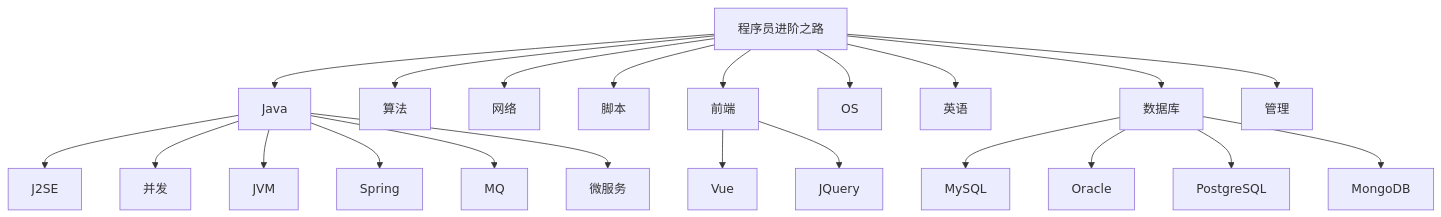
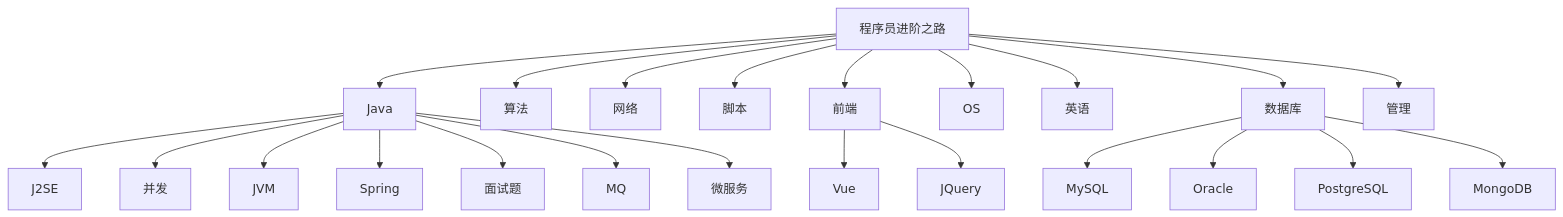
The second of 2 diagrams in README.md (namelessmyth/beFreeCoder), drawn with Mermaid before and after one commit. The commit also changed other lines of this file and 4 other files, not shown here.

````diff
--- a/README.md
+++ b/README.md
@@ -52,32 +59,33 @@
 ```mermaid
 flowchart TB
 
 root[程序员进阶之路]
 
 root-->Java["Java"]
 Java-->J2SE
 Java-->t["并发"]
 Java-->JVM
 Java-->Spring
+Java-->面试题
 Java-->MQ
 Java-->cloud["微服务"]
 
 root-->sf[算法]
 root-->net["网络"]
 root-->Script["脚本"]
 
 root-->front["前端"]
 front-->Vue
 front-->JQuery
 
 root-->os["OS"]
 root-->English["英语"]
 
 root-->db["数据库"]
 db-->MySQL
 db-->Oracle
 db-->PostgreSQL
 db-->MongoDB
 
 root-->admin["管理"]
 ```
````
